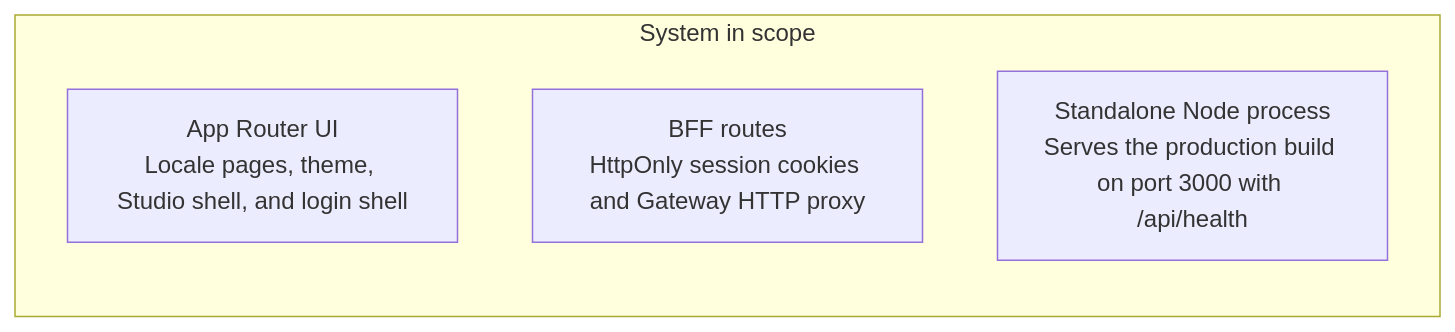
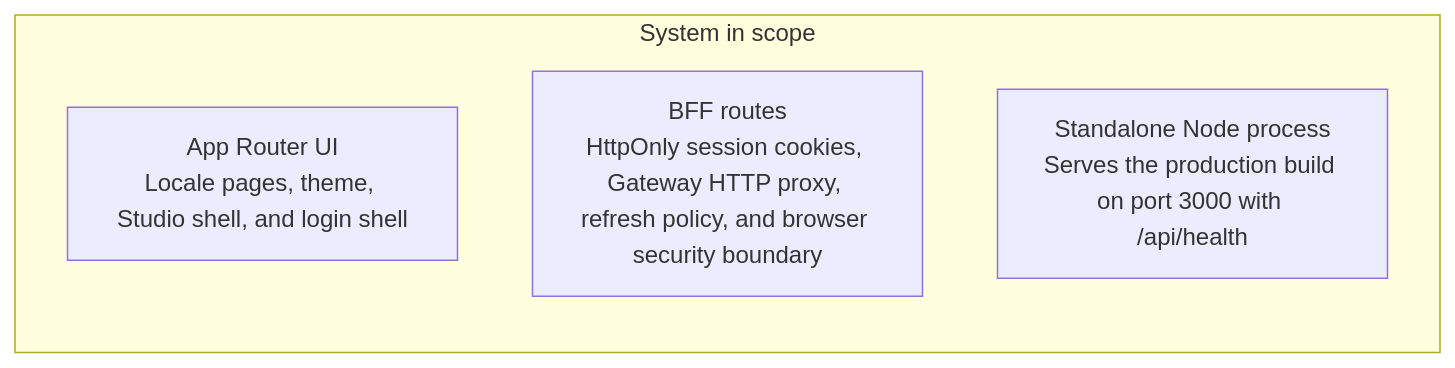
The second of 2 diagrams in .agents/skills/knowledge-core-web-project/references/en/architecture.md (HappyLadySauceM/Knowledge-Core-Web), drawn with Mermaid before and after one commit. The commit also changed other lines of this file and 37 other files, not shown here.

````diff
--- a/.agents/skills/knowledge-core-web-project/references/en/architecture.md
+++ b/.agents/skills/knowledge-core-web-project/references/en/architecture.md
@@ -65,8 +65,8 @@
 ```mermaid
 flowchart LR
     subgraph System[System in scope]
         App_Router_UI["App Router UI\nLocale pages, theme, Studio shell, and login shell"]
-        BFF_routes["BFF routes\nHttpOnly session cookies and Gateway HTTP proxy"]
+        BFF_routes["BFF routes\nHttpOnly session cookies, Gateway HTTP proxy, refresh policy, and browser security boundary"]
         Standalone_Node_process["Standalone Node process\nServes the production build on port 3000 with /api/health"]
     end
 ```
````
